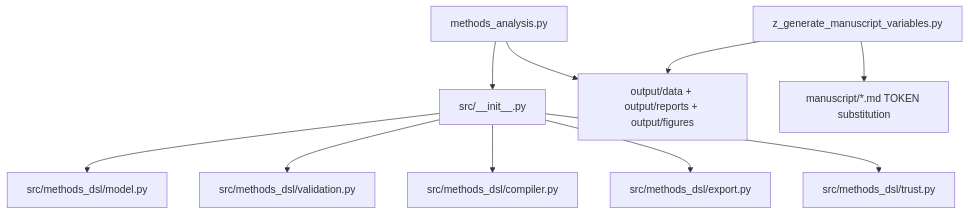
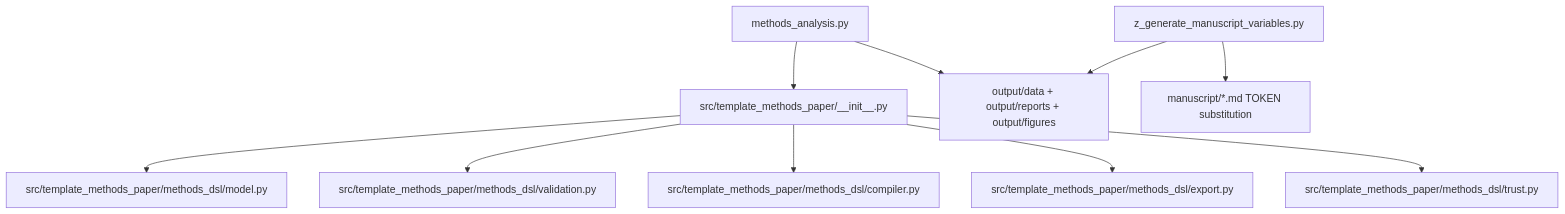
Before and after one commit to docxology/template: the diagram in projects/templates/template_methods_paper/scripts/README.md, drawn with Mermaid. The commit also changed other lines of this file and 153 other files, not shown here.

````diff
--- a/projects/templates/template_methods_paper/scripts/README.md
+++ b/projects/templates/template_methods_paper/scripts/README.md
@@ -36,12 +36,12 @@
 ```mermaid
 graph TD
-    MA[methods_analysis.py] --> INIT[src/__init__.py]
-    INIT --> MDL[src/methods_dsl/model.py]
-    INIT --> VAL[src/methods_dsl/validation.py]
-    INIT --> CMP[src/methods_dsl/compiler.py]
-    INIT --> EXP[src/methods_dsl/export.py]
-    INIT --> TRU[src/methods_dsl/trust.py]
+    MA[methods_analysis.py] --> INIT[src/template_methods_paper/__init__.py]
+    INIT --> MDL[src/template_methods_paper/methods_dsl/model.py]
+    INIT --> VAL[src/template_methods_paper/methods_dsl/validation.py]
+    INIT --> CMP[src/template_methods_paper/methods_dsl/compiler.py]
+    INIT --> EXP[src/template_methods_paper/methods_dsl/export.py]
+    INIT --> TRU[src/template_methods_paper/methods_dsl/trust.py]
     MA --> OUT[output/data + output/reports + output/figures]
     GMV[z_generate_manuscript_variables.py] --> OUT
     GMV --> MAN[manuscript/*.md TOKEN substitution]
 ```
````
